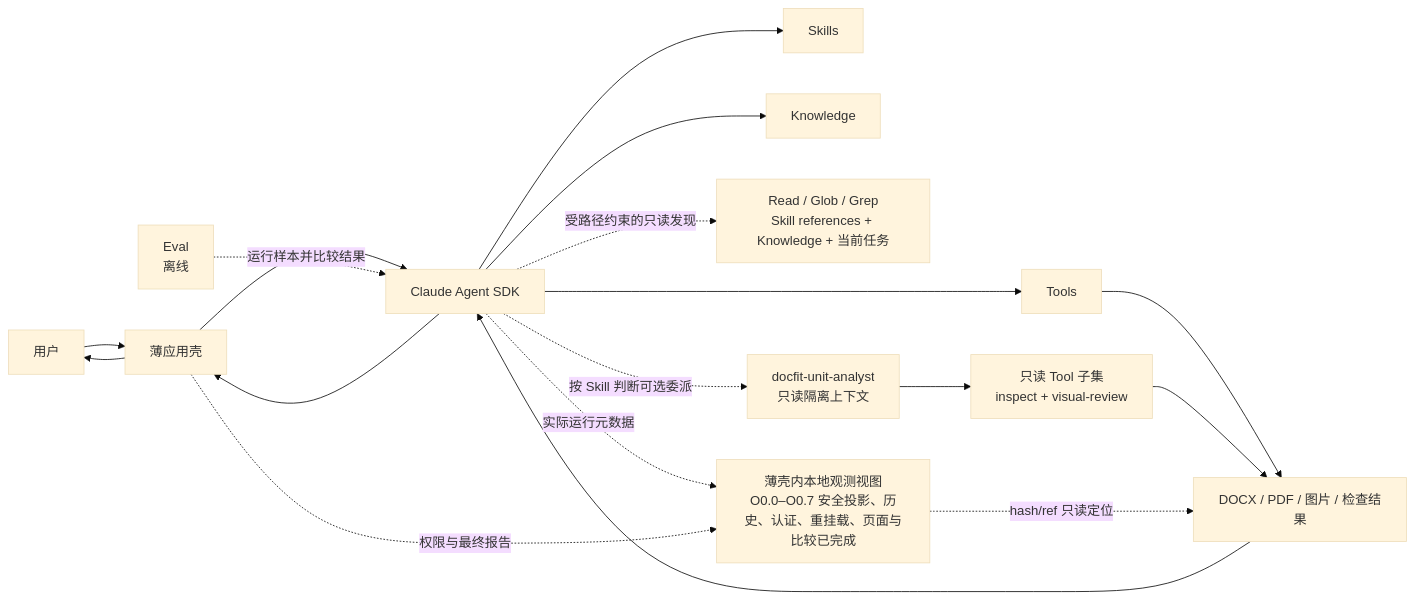
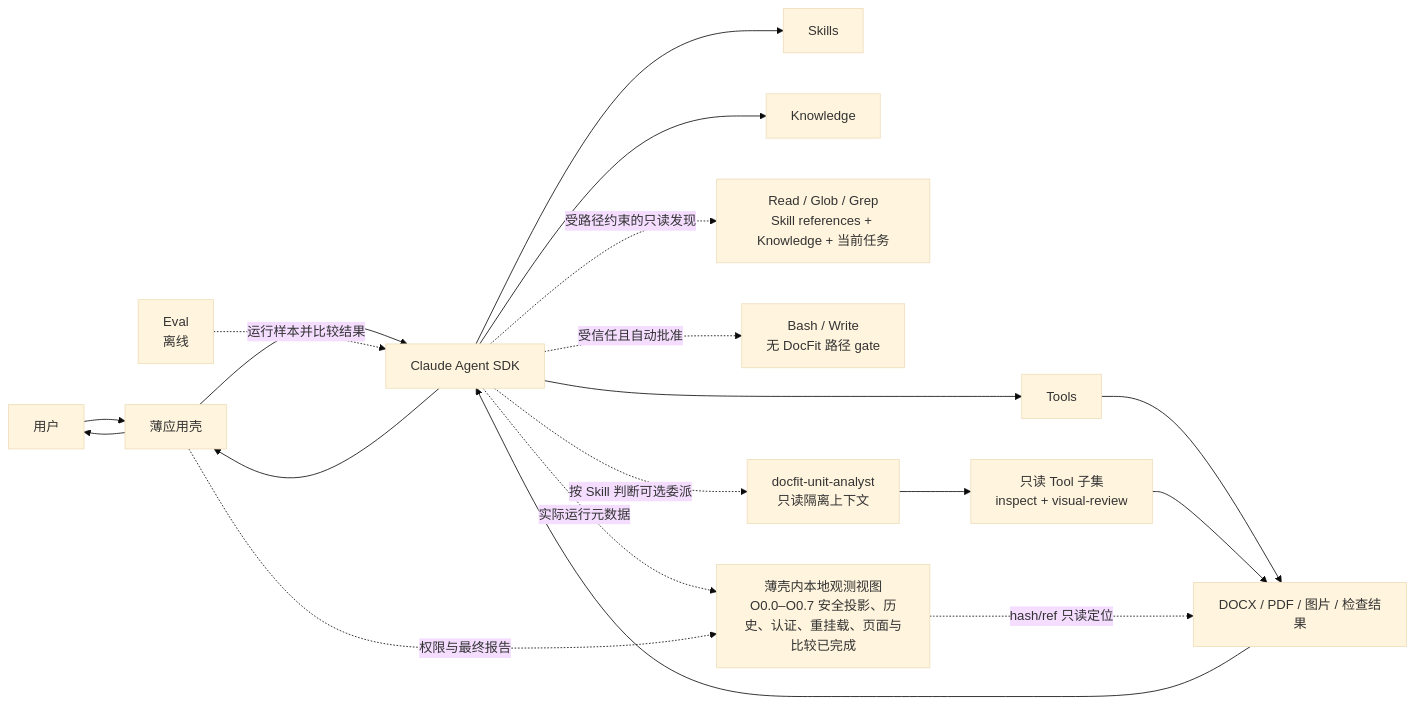
One commit to bamao88/0730 changed the diagram in docs/docfit-01-architecture-core.md. Above: the diagram before and after it, drawn with Mermaid (base theme). The commit also changed other lines of this file and 28 other files, not shown here.

Commit message:
feat(agent): trust Bash and Write for main agent

````diff
--- a/docs/docfit-01-architecture-core.md
+++ b/docs/docfit-01-architecture-core.md
@@ -84,20 +85,21 @@
 ```mermaid
 flowchart LR
     U["用户"] --> A["薄应用壳"]
     A --> SDK["Claude Agent SDK"]
     SDK --> S["Skills"]
     SDK --> K["Knowledge"]
     SDK --> T["Tools"]
     SDK -."受路径约束的只读发现".-> R["Read / Glob / Grep<br/>Skill references + Knowledge + 当前任务"]
+    SDK -."受信任且自动批准".-> W["Bash / Write<br/>无 DocFit 路径 gate"]
     SDK -."按 Skill 判断可选委派".-> SA["docfit-unit-analyst<br/>只读隔离上下文"]
     SA --> RT["只读 Tool 子集<br/>inspect + visual-review"]
     T --> F["DOCX / PDF / 图片 / 检查结果"]
     RT --> F
     F --> SDK
     SDK --> A
     A --> U
     SDK -."实际运行元数据".-> O["薄壳内本地观测视图<br/>O0.0–O0.7 安全投影、历史、认证、重挂载、页面与比较已完成"]
     A -."权限与最终报告".-> O
     O -."hash/ref 只读定位".-> F
     E["Eval<br/>离线"] -.运行样本并比较结果.-> SDK
 ```
````
